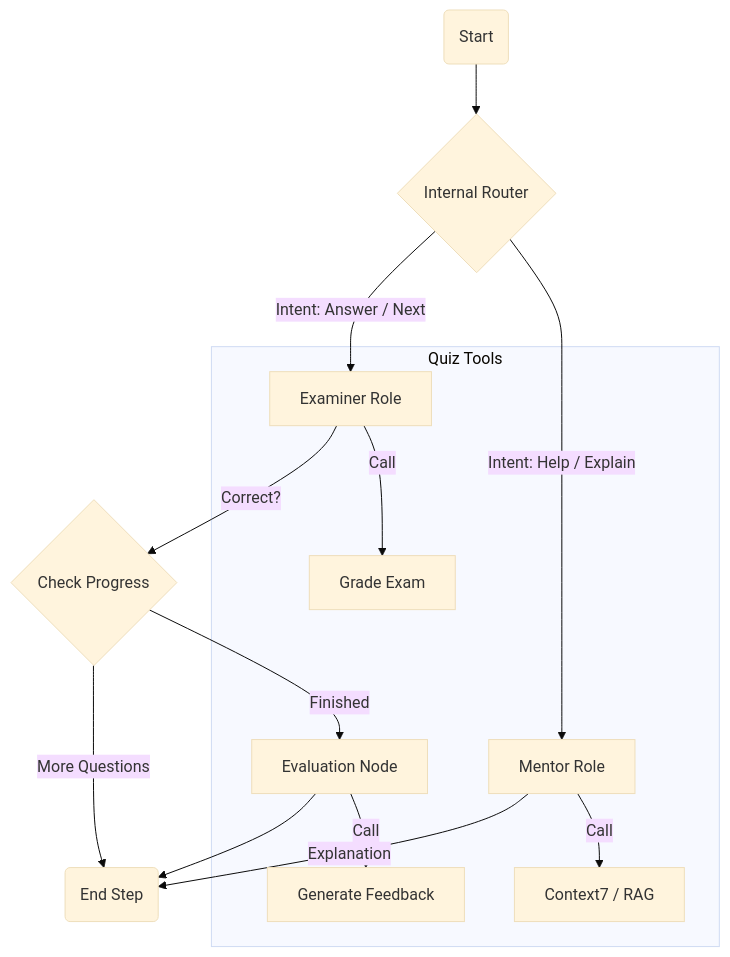
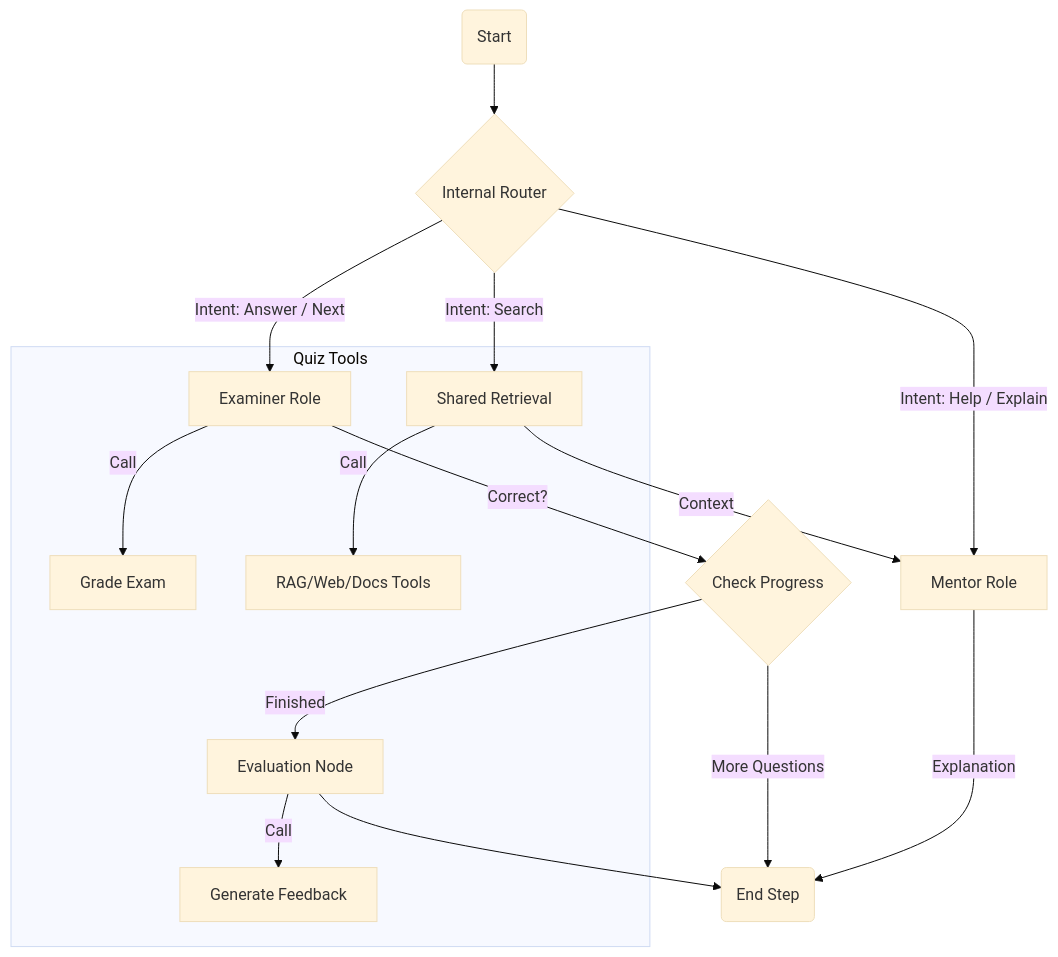
The third of 4 diagrams in docs/agent_documentation.md (Lifelong-Learning-Assisttant/agent_service), drawn with Mermaid (base theme) before and after one commit. The commit also changed other lines of this file, not shown here.

````diff
--- a/docs/agent_documentation.md
+++ b/docs/agent_documentation.md
@@ -67,20 +70,22 @@
 ```mermaid
 graph TD
     Q_Start(Start) --> Q_Router{Internal Router}
     
     Q_Router --"Intent: Answer / Next"--> Q_Examiner[Examiner Role]
     Q_Router --"Intent: Help / Explain"--> Q_Mentor[Mentor Role]
+    Q_Router --"Intent: Search"--> Q_Search[Shared Retrieval]
     
     Q_Examiner --"Correct?"--> Q_Check{Check Progress}
     Q_Check --"More Questions"--> Q_End(End Step)
     Q_Check --"Finished"--> Q_Eval[Evaluation Node]
     
     Q_Mentor --"Explanation"--> Q_End
+    Q_Search --"Context"--> Q_Mentor
     Q_Eval --> Q_End
     
     subgraph "Quiz Tools"
         Q_Examiner --"Call"--> Tool_Grade[Grade Exam]
         Q_Eval --"Call"--> Tool_Gen[Generate Feedback]
-        Q_Mentor --"Call"--> Tool_Docs[Context7 / RAG]
+        Q_Search --"Call"--> Shared_Tools[RAG/Web/Docs Tools]
     end
 ```
````
